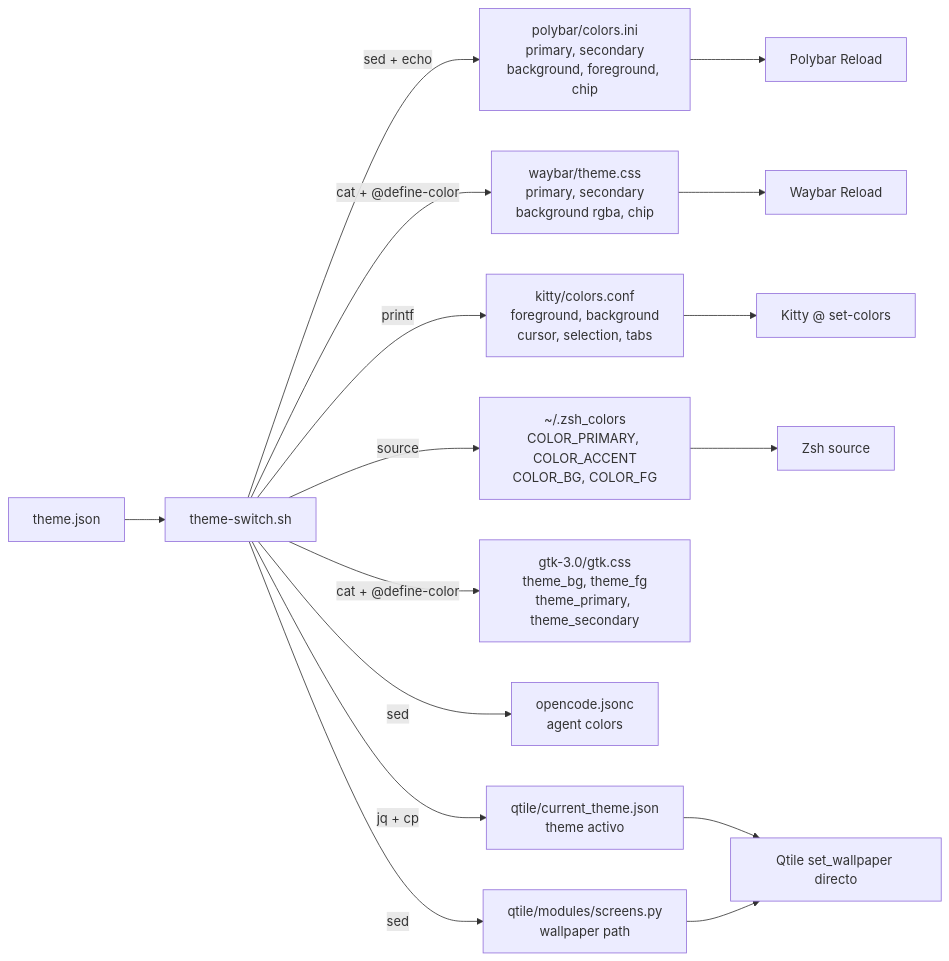
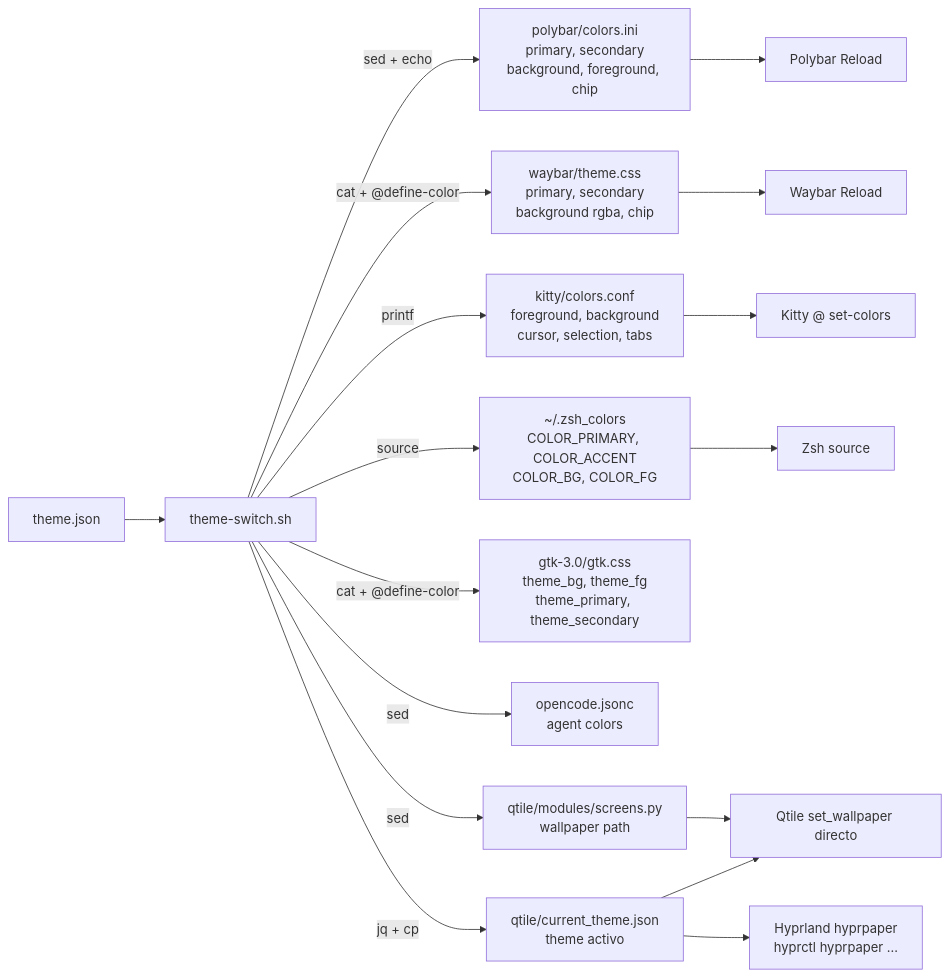
The second of 2 diagrams in docs/overview.md (D4rkDr4gon/dotfiles), drawn with Mermaid before and after one commit. The commit also changed other lines of this file and 30 other files, not shown here.

````diff
--- a/docs/overview.md
+++ b/docs/overview.md
@@ -126,20 +141,21 @@
 ```mermaid
 graph LR
     TJ[theme.json] --> TS[theme-switch.sh]
 
     TS -->|sed + echo| PC[polybar/colors.ini<br/>primary, secondary<br/>background, foreground, chip]
     TS -->|cat + @define-color| WC[waybar/theme.css<br/>primary, secondary<br/>background rgba, chip]
     TS -->|printf| KC[kitty/colors.conf<br/>foreground, background<br/>cursor, selection, tabs]
     TS -->|source| ZC[~/.zsh_colors<br/>COLOR_PRIMARY, COLOR_ACCENT<br/>COLOR_BG, COLOR_FG]
     TS -->|cat + @define-color| GC[gtk-3.0/gtk.css<br/>theme_bg, theme_fg<br/>theme_primary, theme_secondary]
     TS -->|sed| OC[opencode.jsonc<br/>agent colors]
     TS -->|jq + cp| QT[qtile/current_theme.json<br/>theme activo]
     TS -->|sed| SC[qtile/modules/screens.py<br/>wallpaper path]
 
     PC --> PR[Polybar Reload]
     WC --> WR[Waybar Reload]
     KC --> KR[Kitty @ set-colors]
     ZC --> ZR[Zsh source]
     QT --> QS[Qtile set_wallpaper directo]
     SC --> QS
+    QT --> HP[Hyprland hyprpaper<br/>hyprctl hyprpaper ...]
 ```
````
